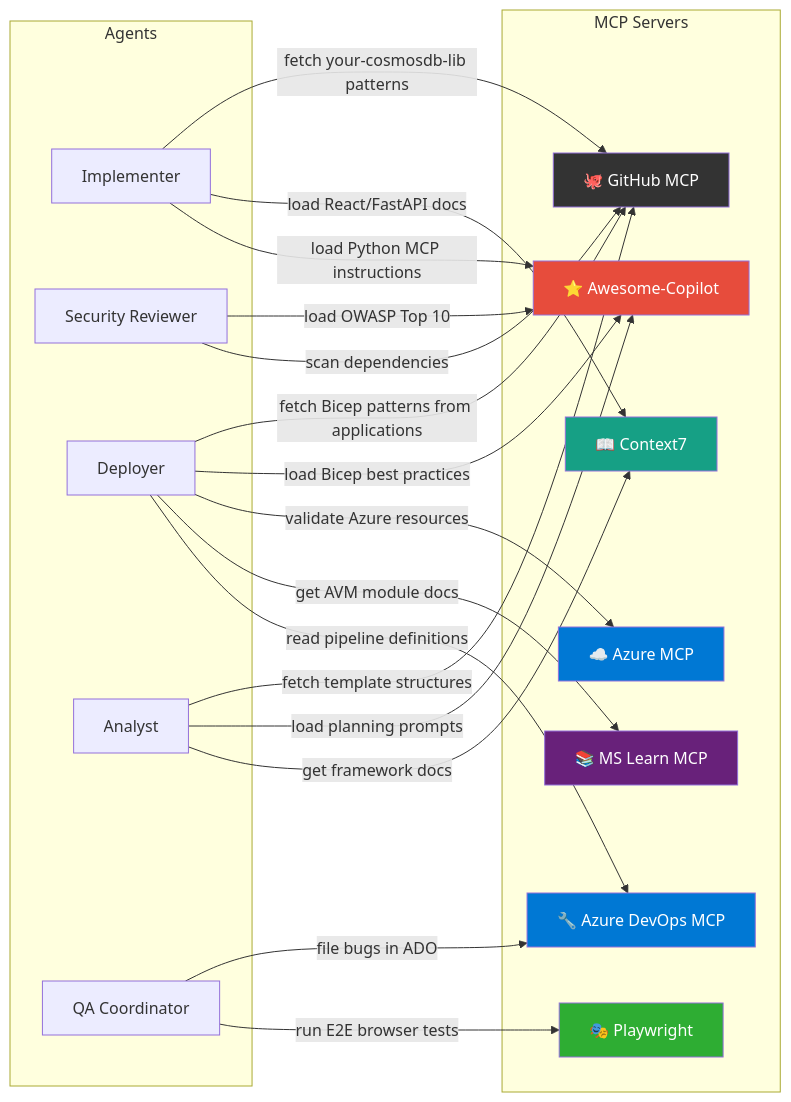
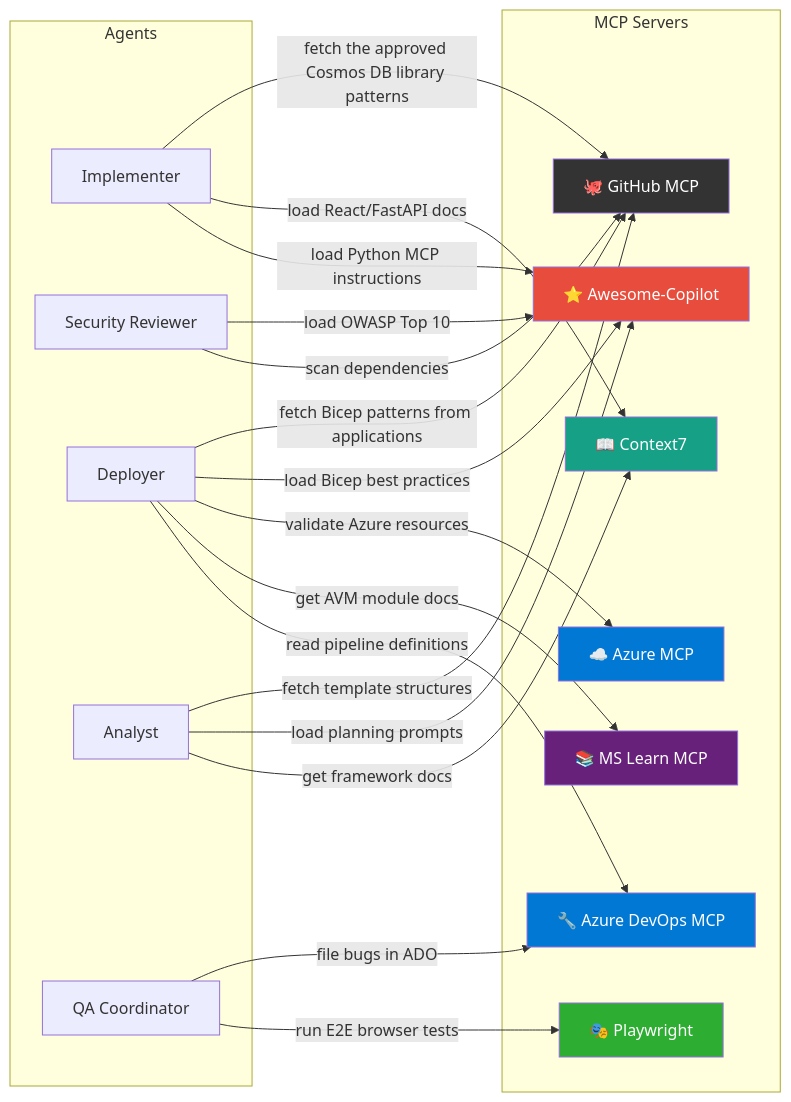
Before and after one commit to Dongbumlee/sdlc-harness: the third of 3 diagrams in README.md, drawn with Mermaid. The commit also changed other lines of this file and 60 other files, not shown here.

````diff
--- a/README.md
+++ b/README.md
@@ -431,48 +431,48 @@
  ```mermaid
  flowchart LR
      subgraph "MCP Servers"
          GH["🐙 GitHub MCP"]
          AC["⭐ Awesome-Copilot"]
          AZ["☁️ Azure MCP"]
          ADO["🔧 Azure DevOps MCP"]
          MD["📚 MS Learn MCP"]
          C7["📖 Context7"]
          PW["🎭 Playwright"]
      end
 
      subgraph "Agents"
          Impl["Implementer"]
          Sec["Security Reviewer"]
          Deploy["Deployer"]
          Analyst2["Analyst"]
          QA["QA Coordinator"]
      end
 
-     Impl -->|"fetch your-cosmosdb-lib patterns"| GH
+     Impl -->|"fetch the approved Cosmos DB library patterns"| GH
      Impl -->|"load React/FastAPI docs"| C7
      Impl -->|"load Python MCP instructions"| AC
 
      Sec -->|"load OWASP Top 10"| AC
      Sec -->|"scan dependencies"| GH
 
      Deploy -->|"fetch Bicep patterns from applications"| GH
      Deploy -->|"load Bicep best practices"| AC
      Deploy -->|"validate Azure resources"| AZ
      Deploy -->|"get AVM module docs"| MD
      Deploy -->|"read pipeline definitions"| ADO
 
      Analyst2 -->|"fetch template structures"| GH
      Analyst2 -->|"load planning prompts"| AC
      Analyst2 -->|"get framework docs"| C7
 
      QA -->|"file bugs in ADO"| ADO
      QA -->|"run E2E browser tests"| PW
 
      style GH fill:#333,color:#fff
      style AC fill:#E74C3C,color:#fff
      style AZ fill:#0078D4,color:#fff
      style ADO fill:#0078D4,color:#fff
      style MD fill:#68217A,color:#fff
      style C7 fill:#16A085,color:#fff
      style PW fill:#2EAD33,color:#fff
  ```
````
